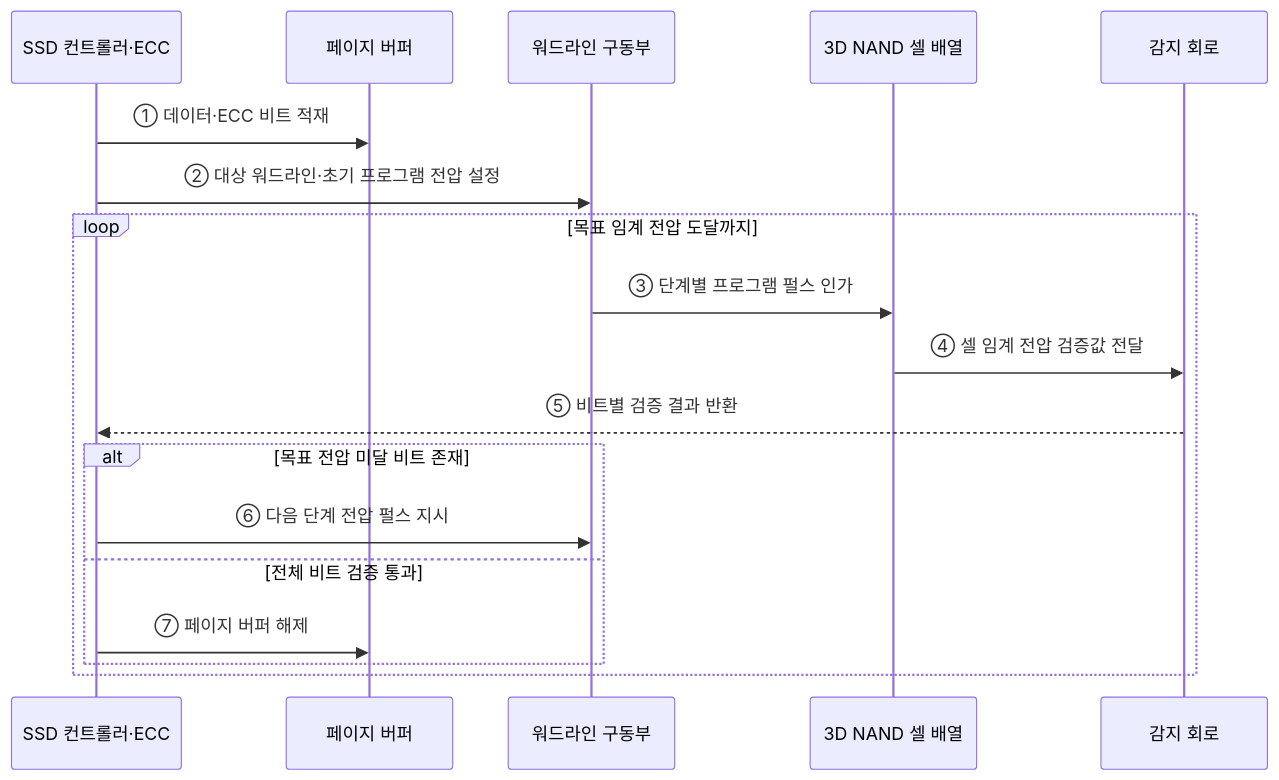
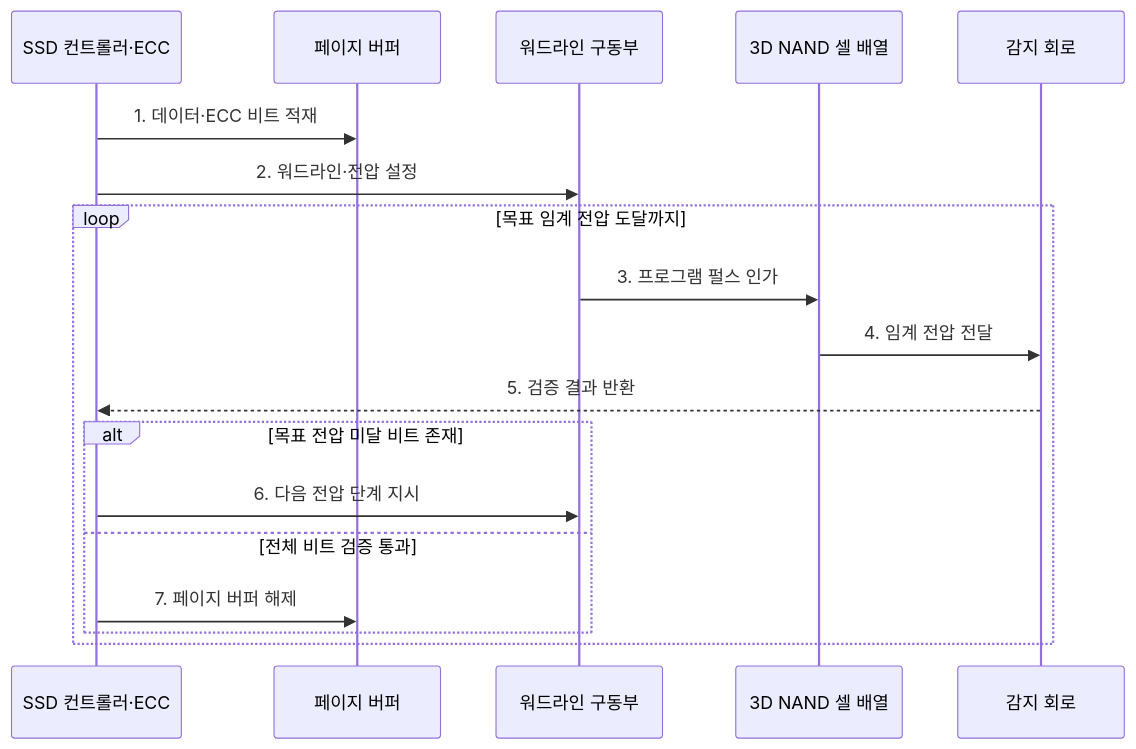
Before and after one commit to agnusdei1207/knowledge-base: the second of 2 diagrams in src/content/docs/notes/02-hardware/031_nand_flash_3d_v_nand.md, drawn with Mermaid. The commit also changed other lines of this file and 20 other files, not shown here.

````diff
--- a/src/content/docs/notes/02-hardware/031_nand_flash_3d_v_nand.md
+++ b/src/content/docs/notes/02-hardware/031_nand_flash_3d_v_nand.md
@@ -89,21 +94,21 @@
 ```mermaid
 sequenceDiagram
     participant H as SSD 컨트롤러·ECC
     participant B as 페이지 버퍼
     participant W as 워드라인 구동부
     participant A as 3D NAND 셀 배열
     participant S as 감지 회로
 
-    H->>B: ① 데이터·ECC 비트 적재
-    H->>W: ② 대상 워드라인·초기 프로그램 전압 설정
+    H->>B: 1. 데이터·ECC 비트 적재
+    H->>W: 2. 워드라인·전압 설정
     loop 목표 임계 전압 도달까지
-        W->>A: ③ 단계별 프로그램 펄스 인가
-        A->>S: ④ 셀 임계 전압 검증값 전달
-        S-->>H: ⑤ 비트별 검증 결과 반환
+        W->>A: 3. 프로그램 펄스 인가
+        A->>S: 4. 임계 전압 전달
+        S-->>H: 5. 검증 결과 반환
         alt 목표 전압 미달 비트 존재
-            H->>W: ⑥ 다음 단계 전압 펄스 지시
+            H->>W: 6. 다음 전압 단계 지시
         else 전체 비트 검증 통과
-            H->>B: ⑦ 페이지 버퍼 해제
+            H->>B: 7. 페이지 버퍼 해제
         end
     end
 ```
````
